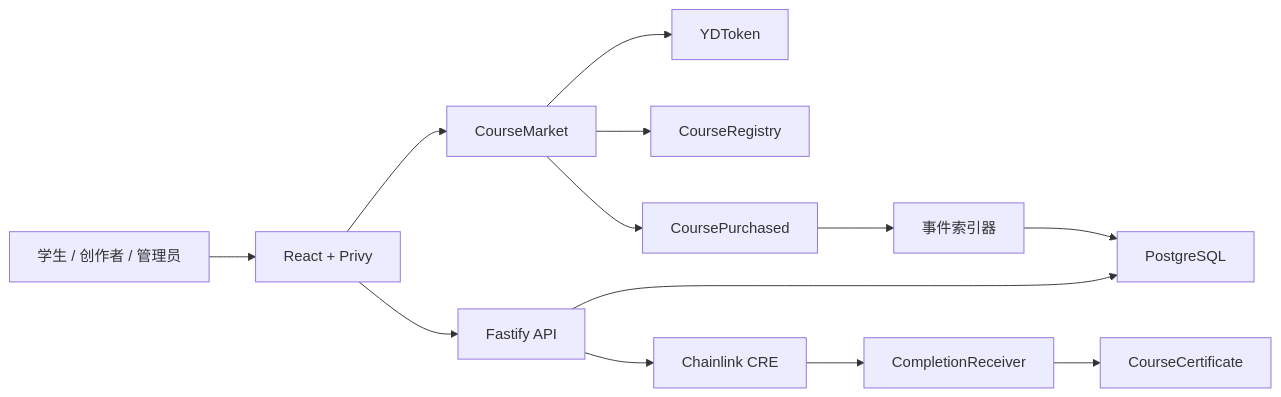
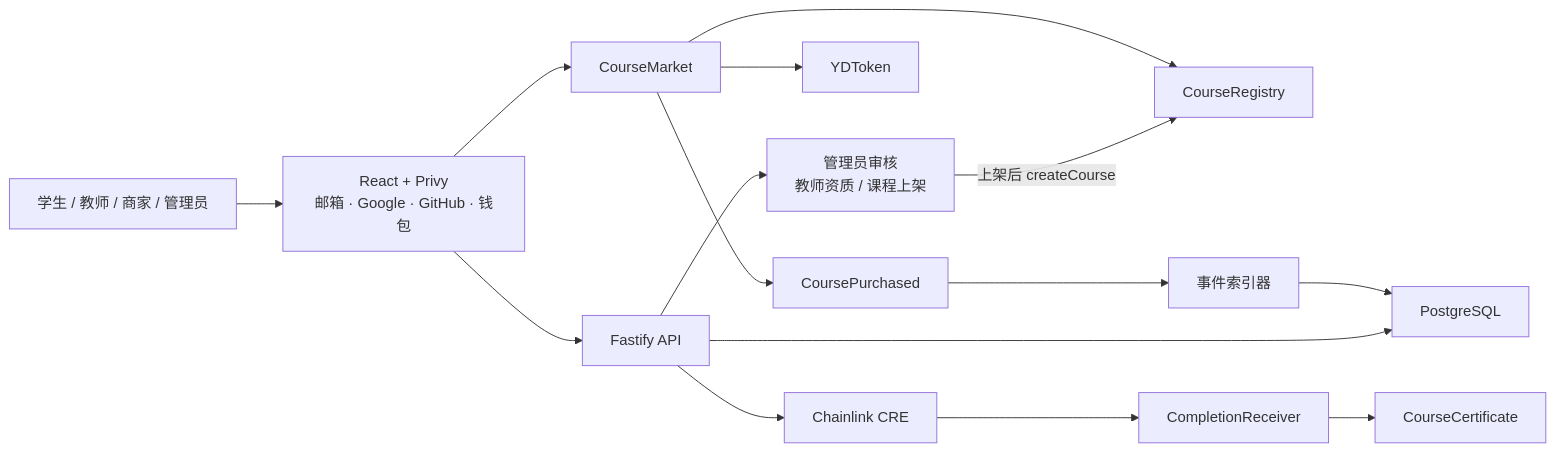
One commit to Leon4868/yd-university changed the diagram in docs/architecture.md. Above: the diagram before and after it, drawn with Mermaid. The commit also changed other lines of this file and 23 other files, not shown here.

````diff
--- a/docs/architecture.md
+++ b/docs/architecture.md
@@ -3,15 +3,17 @@
 ```mermaid
 flowchart LR
-    U["学生 / 创作者 / 管理员"] --> WEB["React + Privy"]
+    U["学生 / 教师 / 商家 / 管理员"] --> WEB["React + Privy<br/>邮箱 · Google · GitHub · 钱包"]
     WEB --> API["Fastify API"]
     API --> DB["PostgreSQL"]
+    API --> REVIEW["管理员审核<br/>教师资质 / 课程上架"]
+    REVIEW -->|"上架后 createCourse"| REGISTRY
     WEB --> MARKET["CourseMarket"]
     MARKET --> TOKEN["YDToken"]
     MARKET --> REGISTRY["CourseRegistry"]
     MARKET --> EVENT["CoursePurchased"]
     EVENT --> INDEXER["事件索引器"]
     INDEXER --> DB
     API --> CRE["Chainlink CRE"]
     CRE --> RECEIVER["CompletionReceiver"]
     RECEIVER --> NFT["CourseCertificate"]
 ```
````
